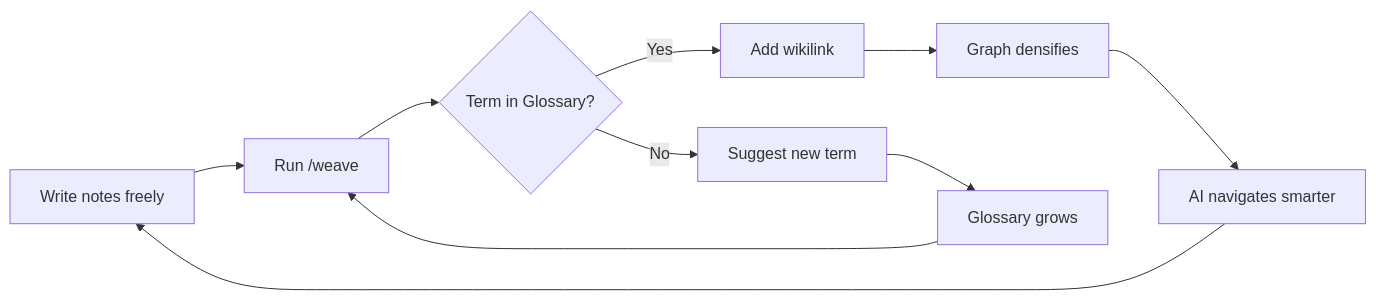
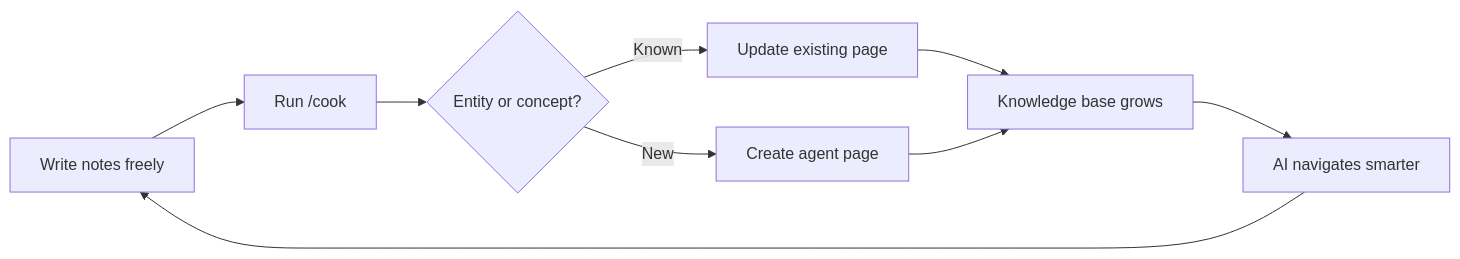
The diagram in guide/en/core-concepts.md (JayJiangCT/BYOAO), drawn with Mermaid before and after one commit. The commit also changed other lines of this file and 376 other files, not shown here.

````diff
--- a/guide/en/core-concepts.md
+++ b/guide/en/core-concepts.md
@@ -11,12 +11,11 @@
 ```mermaid
 graph LR
-    A[Write notes freely] --> B[Run /weave]
-    B --> C{Term in Glossary?}
-    C -->|Yes| D[Add wikilink]
-    C -->|No| E[Suggest new term]
-    D --> F[Graph densifies]
-    E --> G[Glossary grows]
-    G --> B
-    F --> H[AI navigates smarter]
-    H --> A
+    A[Write notes freely] --> B[Run /cook]
+    B --> C{Entity or concept?}
+    C -->|Known| D[Update existing page]
+    C -->|New| E[Create agent page]
+    D --> F[Knowledge base grows]
+    E --> F
+    F --> G[AI navigates smarter]
+    G --> A
 ```
````
